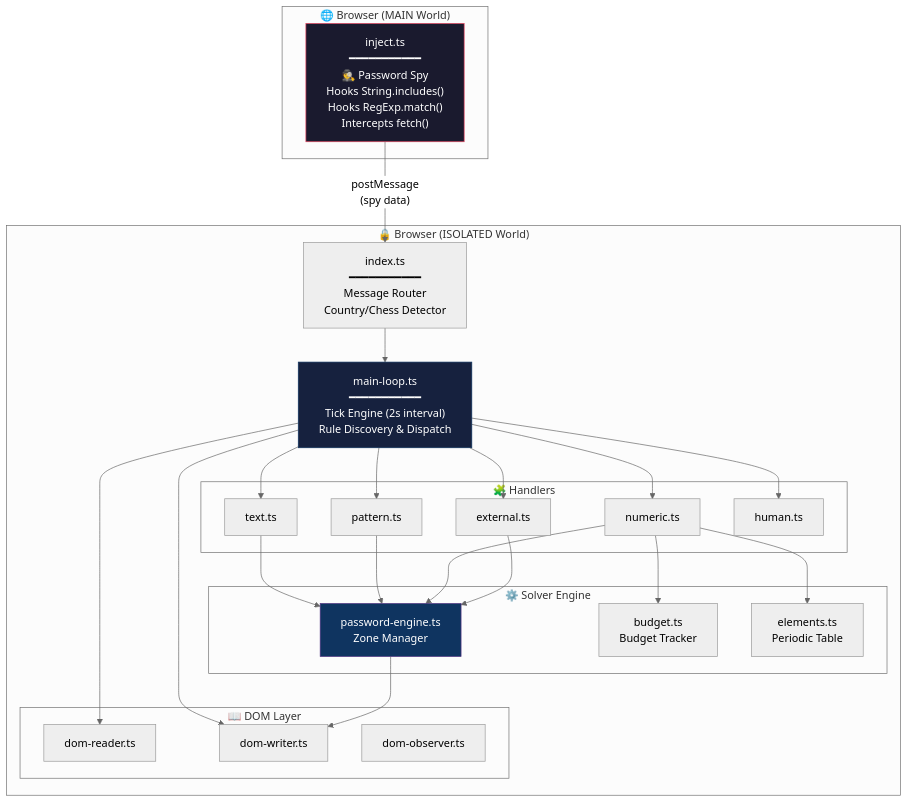
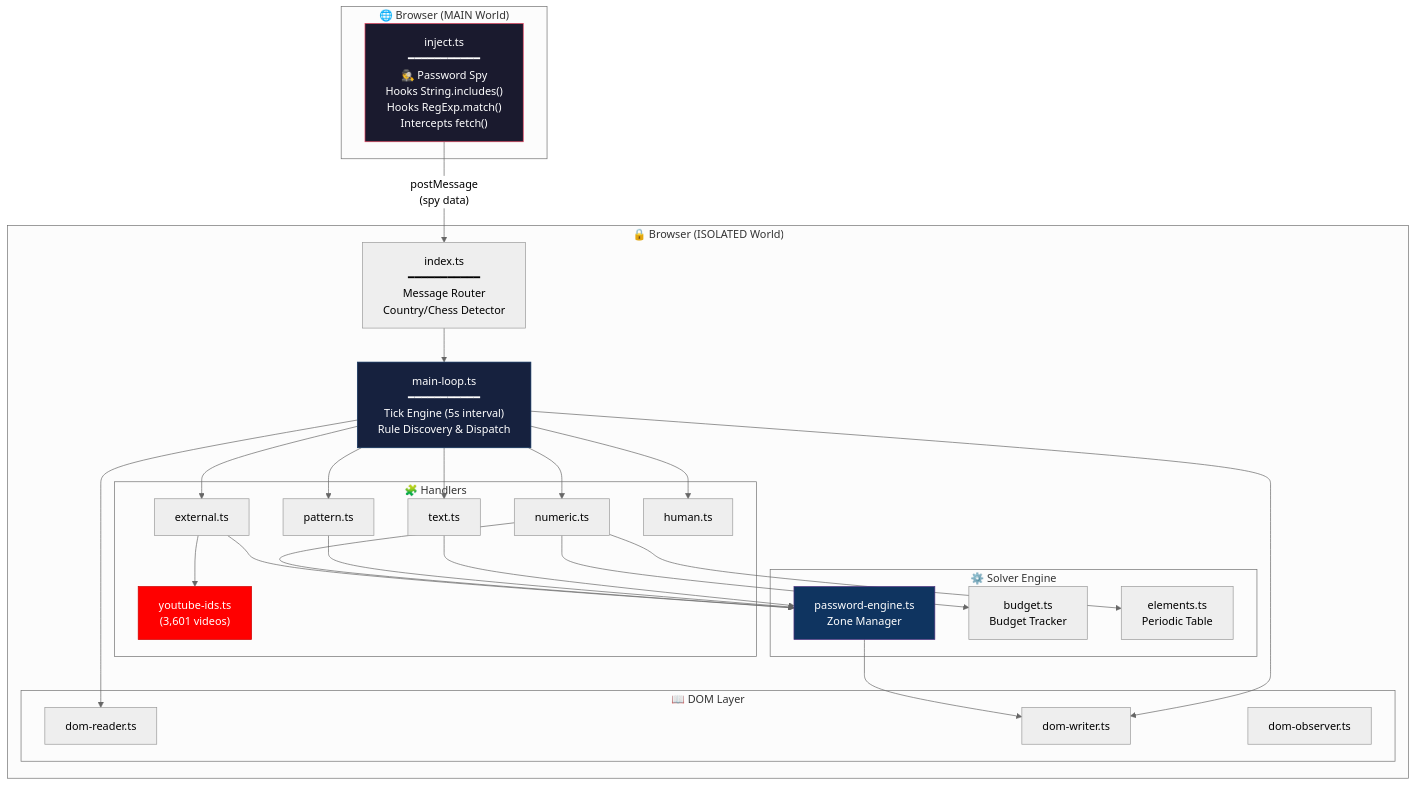
One commit to Tha-Nixo/ThePasswordCrack changed the diagram in README.md. Above: the diagram before and after it, drawn with Mermaid (neutral theme). The commit also changed other lines of this file and 16 other files, not shown here.

````diff
--- a/README.md
+++ b/README.md
@@ -72,45 +80,48 @@
 ```mermaid
 graph TB
     subgraph "🌐 Browser (MAIN World)"
         INJ["inject.ts<br>━━━━━━━━━━━<br>🕵️ Password Spy<br>Hooks String.includes()<br>Hooks RegExp.match()<br>Intercepts fetch()"]
     end
 
     subgraph "🔒 Browser (ISOLATED World)"
         IDX["index.ts<br>━━━━━━━━━━━<br>Message Router<br>Country/Chess Detector"]
-        ML["main-loop.ts<br>━━━━━━━━━━━<br>Tick Engine (2s interval)<br>Rule Discovery & Dispatch"]
+        ML["main-loop.ts<br>━━━━━━━━━━━<br>Tick Engine (5s interval)<br>Rule Discovery & Dispatch"]
         
         subgraph "📖 DOM Layer"
             DR["dom-reader.ts"]
             DW["dom-writer.ts"]
             DO["dom-observer.ts"]
         end
         
         subgraph "🧩 Handlers"
             TH["text.ts"]
             PH["pattern.ts"]
             NH["numeric.ts"]
             EH["external.ts"]
             HH["human.ts"]
+            YT["youtube-ids.ts<br>(3,601 videos)"]
         end
         
         subgraph "⚙️ Solver Engine"
             PE["password-engine.ts<br>Zone Manager"]
             BT["budget.ts<br>Budget Tracker"]
             EL["elements.ts<br>Periodic Table"]
         end
     end
 
     INJ -- "postMessage<br>(spy data)" --> IDX
     IDX --> ML
     ML --> DR
     ML --> DW
     ML --> TH & PH & NH & EH & HH
+    EH --> YT
     NH --> BT
     NH --> EL
     TH & PH & NH & EH --> PE
     PE --> DW
 
     style INJ fill:#1a1a2e,stroke:#e94560,color:#fff
     style ML fill:#16213e,stroke:#0f3460,color:#fff
     style PE fill:#0f3460,stroke:#533483,color:#fff
+    style YT fill:#ff0000,stroke:#cc0000,color:#fff
 ```
````
